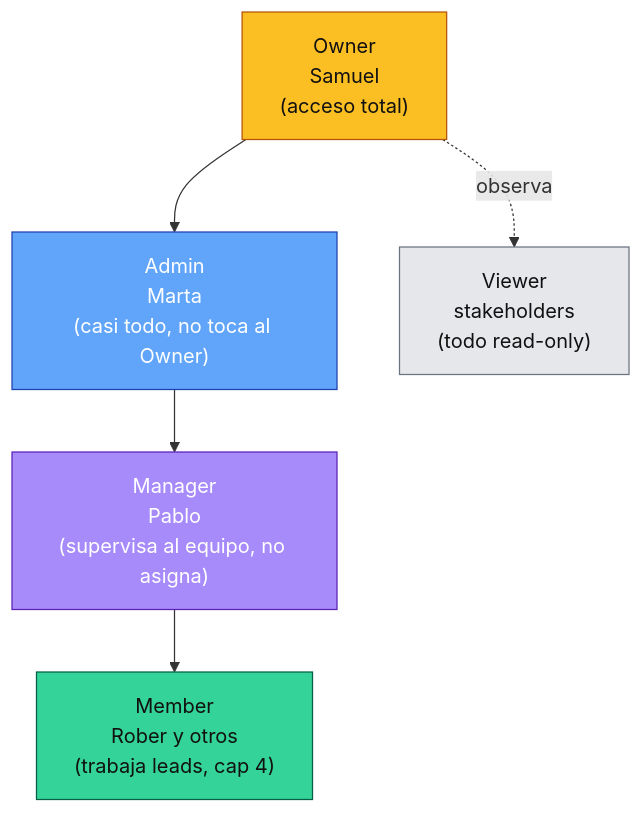
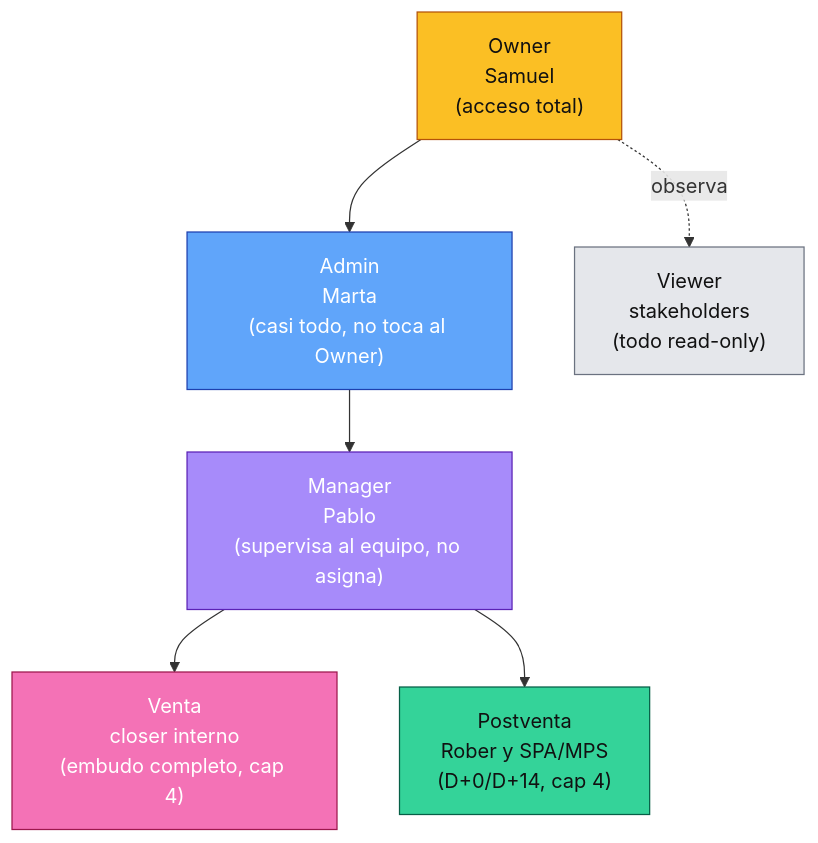
The second of 6 diagrams in onboarding-comercial.md (samarluansl/Documentacion-meembly), drawn with Mermaid before and after one commit. The commit also changed other lines of this file and 5 other files, not shown here.

First line of the commit message:
docs: rol VENTA + rol Postventa + flujo D+0/D+14

````diff
--- a/onboarding-comercial.md
+++ b/onboarding-comercial.md
@@ -37,25 +47,29 @@
 ```mermaid
 flowchart TB
     Owner["Owner<br/>Samuel<br/>(acceso total)"]
     Admin["Admin<br/>Marta<br/>(casi todo, no toca al Owner)"]
     Manager["Manager<br/>Pablo<br/>(supervisa al equipo, no asigna)"]
-    Member["Member<br/>Rober y otros<br/>(trabaja leads, cap 4)"]
+    Venta["Venta<br/>closer interno<br/>(embudo completo, cap 4)"]
+    Postventa["Postventa<br/>Rober y SPA/MPS<br/>(D+0/D+14, cap 4)"]
     Viewer["Viewer<br/>stakeholders<br/>(todo read-only)"]
 
     Owner --> Admin
     Admin --> Manager
-    Manager --> Member
+    Manager --> Venta
+    Manager --> Postventa
     Owner -.observa.-> Viewer
 
     classDef owner fill:#fbbf24,stroke:#b45309,color:#111
     classDef admin fill:#60a5fa,stroke:#1e40af,color:#fff
     classDef manager fill:#a78bfa,stroke:#5b21b6,color:#fff
-    classDef member fill:#34d399,stroke:#065f46,color:#111
+    classDef venta fill:#f472b6,stroke:#9d174d,color:#fff
+    classDef postventa fill:#34d399,stroke:#065f46,color:#111
     classDef viewer fill:#e5e7eb,stroke:#6b7280,color:#111
 
     class Owner owner
     class Admin admin
     class Manager manager
-    class Member member
+    class Venta venta
+    class Postventa postventa
     class Viewer viewer
 ```
````
